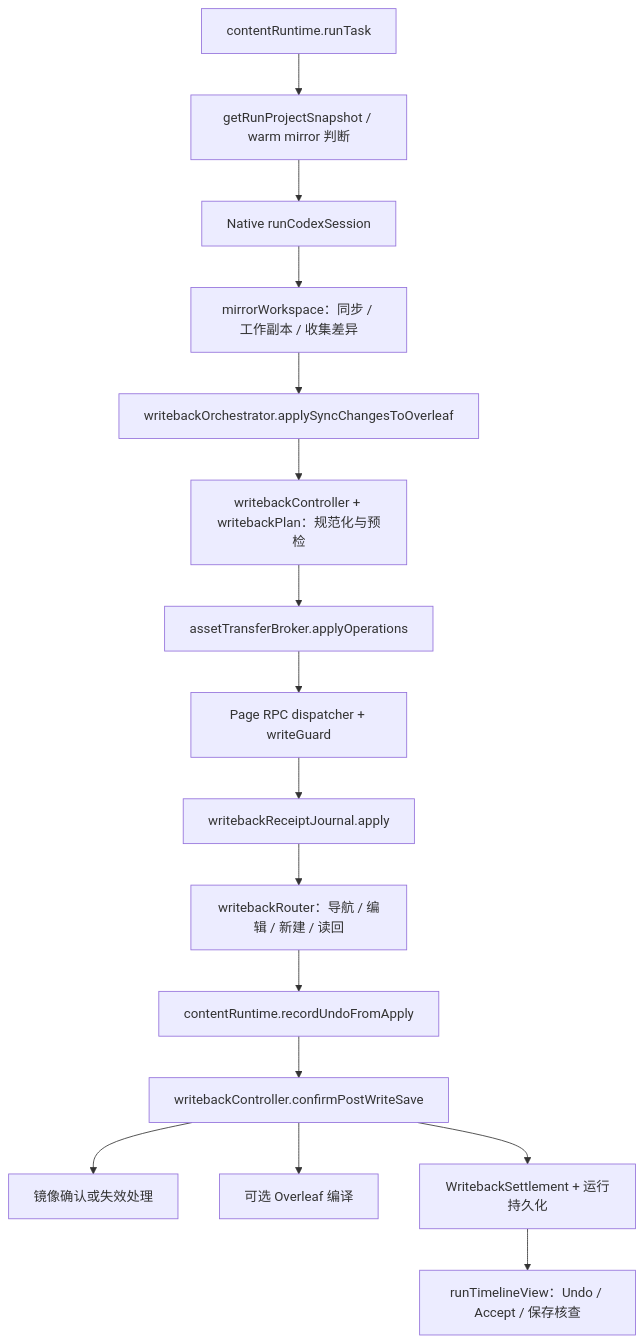
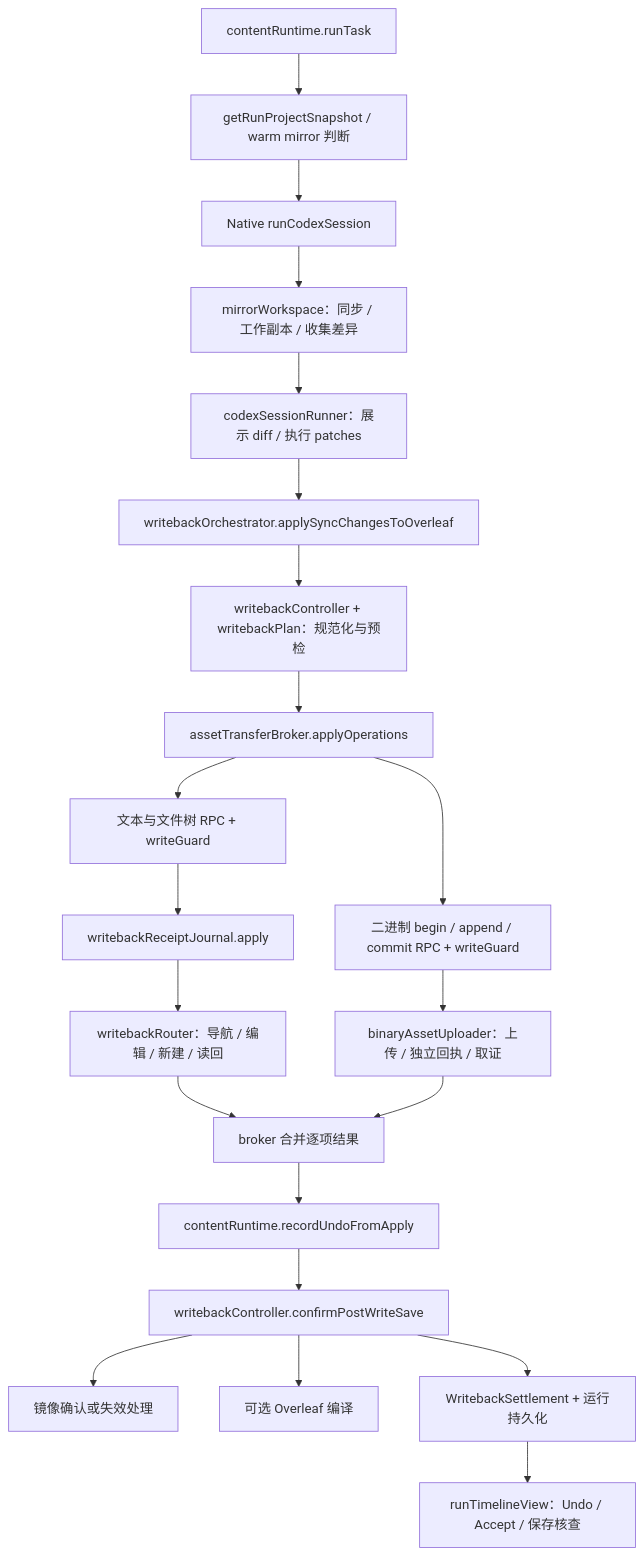
One commit to Ghqqqq/codex-overleaf-link changed the diagram in docs/architecture/auto-edit-undo.md. Above: the diagram before and after it, drawn with Mermaid. The commit also changed other lines of this file and 16 other files, not shown here.

Commit message:
docs: verify architecture chapters against production call paths

````diff
--- a/docs/architecture/auto-edit-undo.md
+++ b/docs/architecture/auto-edit-undo.md
@@ -42,18 +43,23 @@
 ```mermaid
 flowchart TD
     A[contentRuntime.runTask] --> B[getRunProjectSnapshot / warm mirror 判断]
     B --> C[Native runCodexSession]
     C --> D[mirrorWorkspace：同步 / 工作副本 / 收集差异]
-    D --> E[writebackOrchestrator.applySyncChangesToOverleaf]
+    D --> T[codexSessionRunner：展示 diff / 执行 patches]
+    T --> E[writebackOrchestrator.applySyncChangesToOverleaf]
     E --> F[writebackController + writebackPlan：规范化与预检]
     F --> G[assetTransferBroker.applyOperations]
-    G --> H[Page RPC dispatcher + writeGuard]
+    G --> H[文本与文件树 RPC + writeGuard]
     H --> I[writebackReceiptJournal.apply]
     I --> J[writebackRouter：导航 / 编辑 / 新建 / 读回]
-    J --> K[contentRuntime.recordUndoFromApply]
+    G --> Q[二进制 begin / append / commit RPC + writeGuard]
+    Q --> R[binaryAssetUploader：上传 / 独立回执 / 取证]
+    J --> S[broker 合并逐项结果]
+    R --> S
+    S --> K[contentRuntime.recordUndoFromApply]
     K --> L[writebackController.confirmPostWriteSave]
     L --> M[镜像确认或失效处理]
     L --> N[可选 Overleaf 编译]
     L --> O[WritebackSettlement + 运行持久化]
     O --> P[runTimelineView：Undo / Accept / 保存核查]
 ```
````
